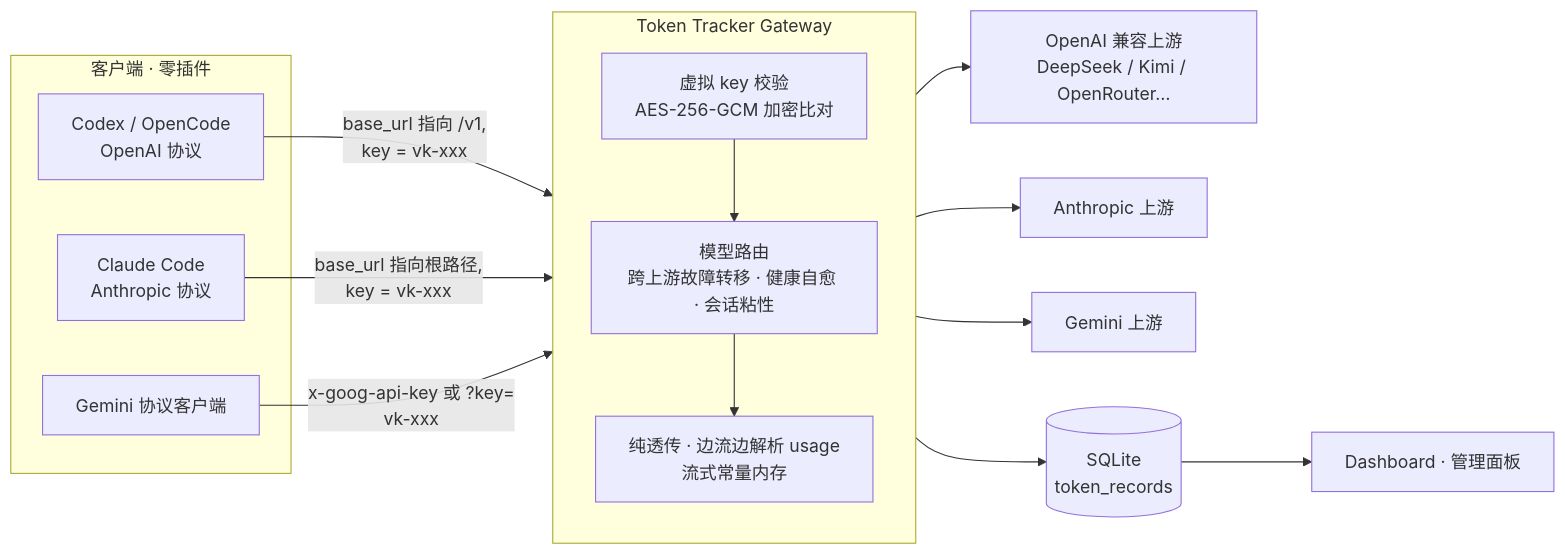
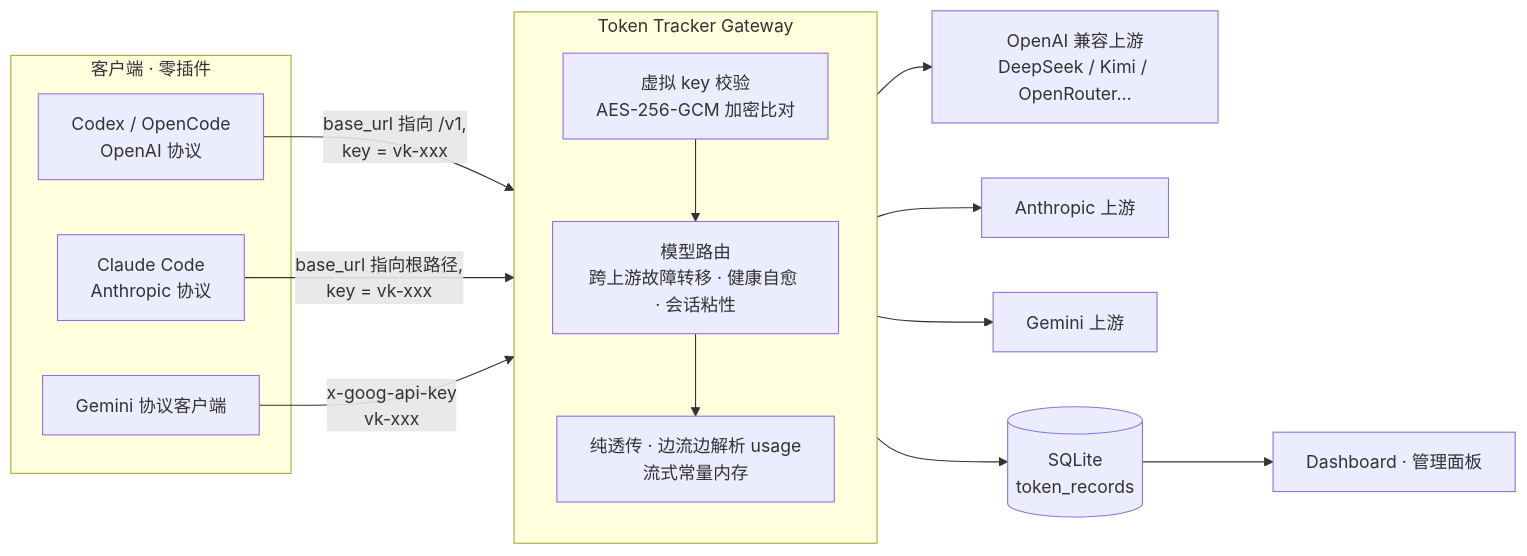
One commit to caibingcheng/token-tracker changed the diagram in README.md. Above: the diagram before and after it, drawn with Mermaid. The commit also changed other lines of this file and 88 other files, not shown here.

````diff
--- a/README.md
+++ b/README.md
@@ -14,28 +14,28 @@
 ```mermaid
 flowchart LR
     subgraph C[客户端 · 零插件]
         A[Codex / OpenCode<br>OpenAI 协议]
         B[Claude Code<br>Anthropic 协议]
         D[Gemini 协议客户端]
     end
 
     A -->|"base_url 指向 /v1,<br>key = vk-xxx"| G
     B -->|"base_url 指向根路径,<br>key = vk-xxx"| G
-    D -->|"x-goog-api-key 或 ?key=<br>vk-xxx"| G
+    D -->|"x-goog-api-key<br>vk-xxx"| G
 
     subgraph G[Token Tracker Gateway]
         direction TB
         V[虚拟 key 校验<br>AES-256-GCM 加密比对]
         R[模型路由<br>跨上游故障转移 · 健康自愈 · 会话粘性]
         P[纯透传 · 边流边解析 usage<br>流式常量内存]
     end
 
     V --> R --> P
 
     P --> U1[OpenAI 兼容上游<br>DeepSeek / Kimi / OpenRouter…]
     P --> U2[Anthropic 上游]
     P --> U3[Gemini 上游]
 
     P --> DB[(SQLite<br>token_records)]
     DB --> W[Dashboard · 管理面板]
 ```
````
